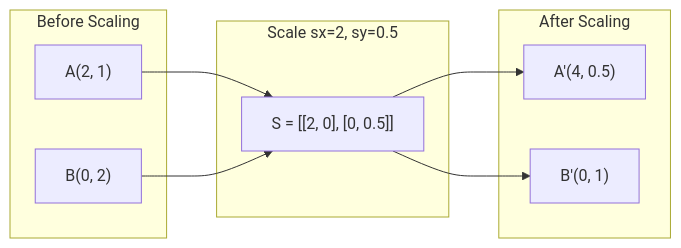
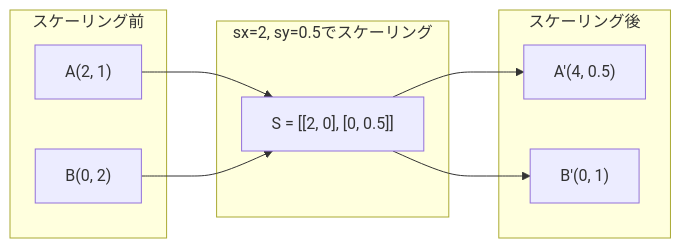
Before and after one commit to rohitg00/ai-engineering-from-scratch: the third of 7 diagrams in phases/01-math-foundations/03-matrix-transformations/docs/en.md, drawn with Mermaid. The commit also changed other lines of this file and 1935 other files, not shown here.

````diff
--- a/phases/01-math-foundations/03-matrix-transformations/docs/en.md
+++ b/phases/01-math-foundations/03-matrix-transformations/docs/en.md
@@ -87,16 +87,16 @@
 ```mermaid
 graph LR
-    subgraph Before["Before Scaling"]
+    subgraph Before["スケーリング前"]
         A["A(2, 1)"]
         B["B(0, 2)"]
     end
-    subgraph Scale["Scale sx=2, sy=0.5"]
+    subgraph Scale["sx=2, sy=0.5でスケーリング"]
         S["S = [[2, 0], [0, 0.5]]"]
     end
-    subgraph After["After Scaling"]
+    subgraph After["スケーリング後"]
         Ap["A'(4, 0.5)"]
         Bp["B'(0, 1)"]
     end
     A --> S --> Ap
     B --> S --> Bp
 ```
````
